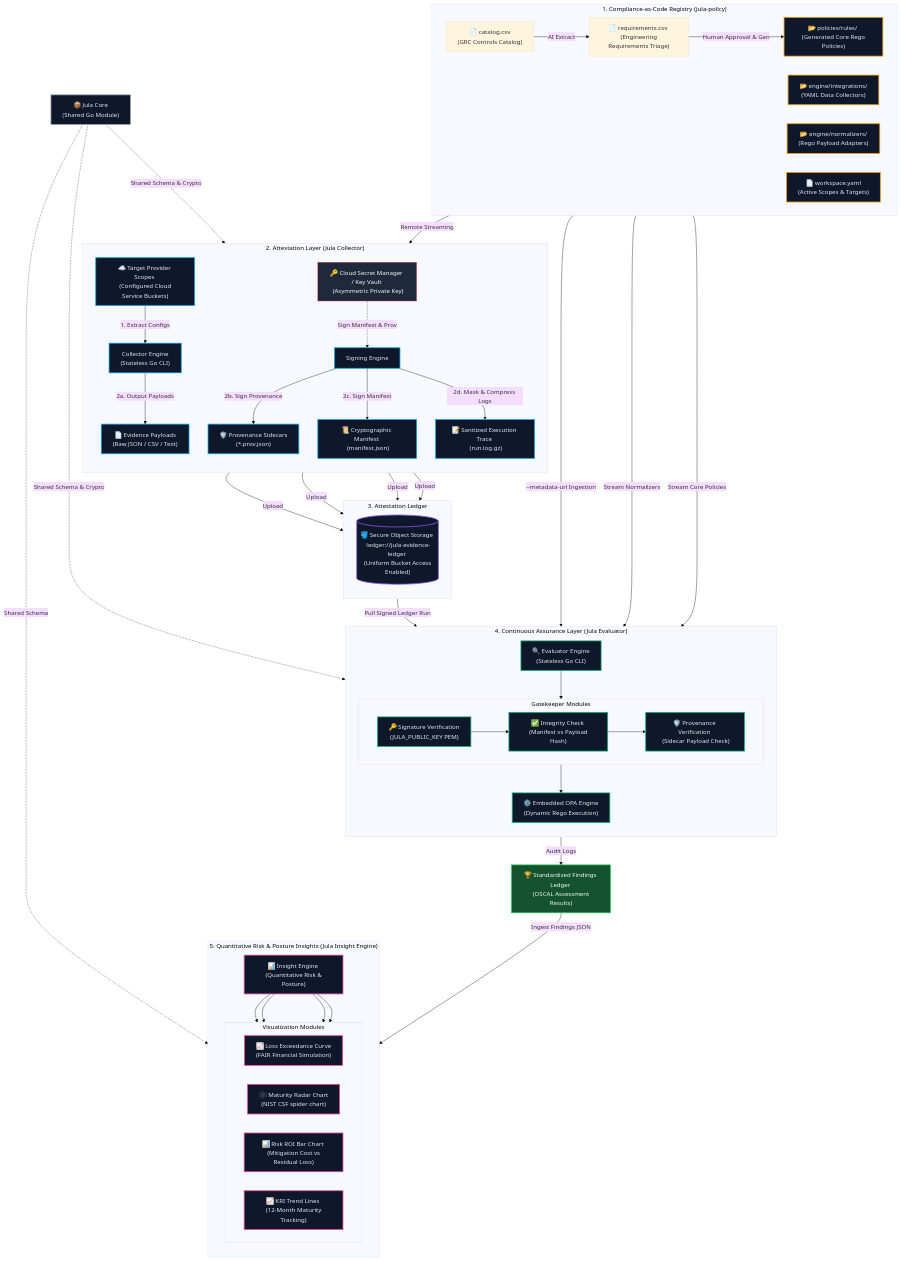
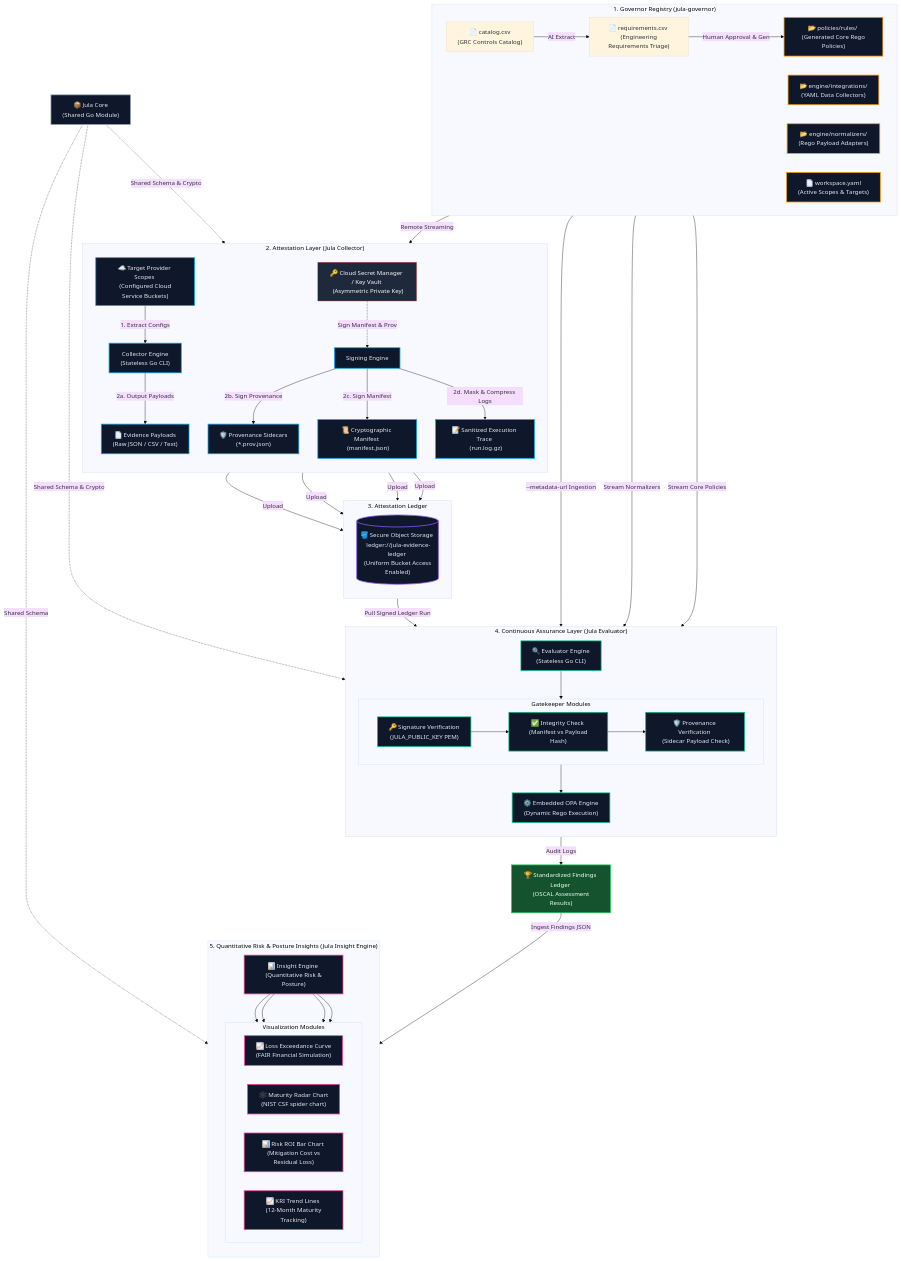
Before and after one commit to alibkaba/jula: the diagram in README.md, drawn with Mermaid (base theme). The commit also changed other lines of this file and 4 other files, not shown here.

Commit message:
refactor: rename jula-policy reference to jula-governor across codebase and documentation

```diff
--- a/README.md
+++ b/README.md
@@ -57,7 +57,7 @@
     classDef insights fill:#0f172a,stroke:#ec4899,stroke-width:2px,color:#e2e8f0;
     classDef core fill:#0f172a,stroke:#94a3b8,stroke-width:2px,color:#e2e8f0;
 
-    subgraph Phase1 ["1. Compliance-as-Code Registry (jula-policy)"]
+    subgraph Phase1 ["1. Governor Registry (jula-governor)"]
         direction LR
         Cat["📄 catalog.csv <br> (GRC Controls Catalog)"] -->|AI Extract| Req["📄 requirements.csv <br> (Engineering Requirements Triage)"]
         Req -->|Human Approval & Gen| PR_Pol["📂 policies/rules/ <br> (Generated Core Rego Policies)"]
@@ -129,7 +129,7 @@
     JC -.->|Shared Schema & Crypto| EE
     JC -.->|Shared Schema| DB
 
-    %% Compliance-as-Code injections
+    %% Governor injections
     PR_Int -->|Remote Streaming| JIE
     Meta -->|--metadata-url Ingestion| EE
     PR_Norm -->|Stream Normalizers| OPA
```
